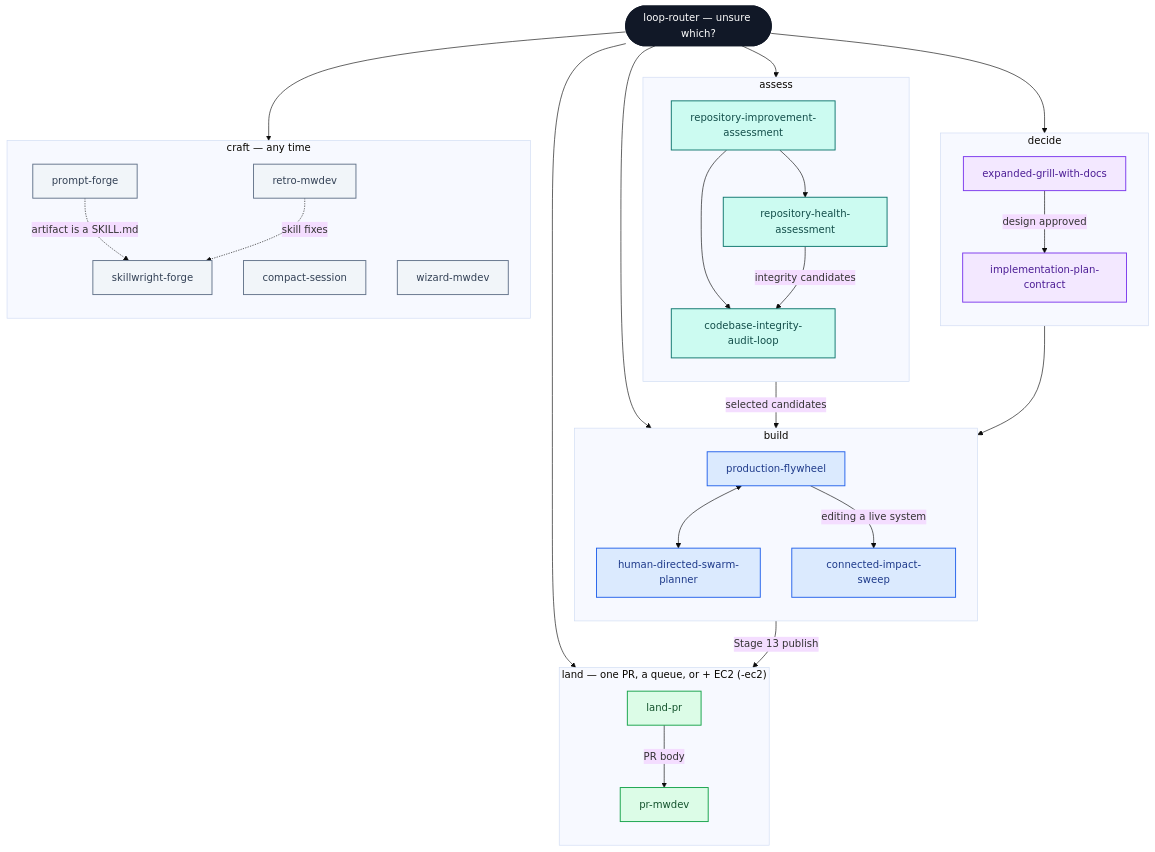
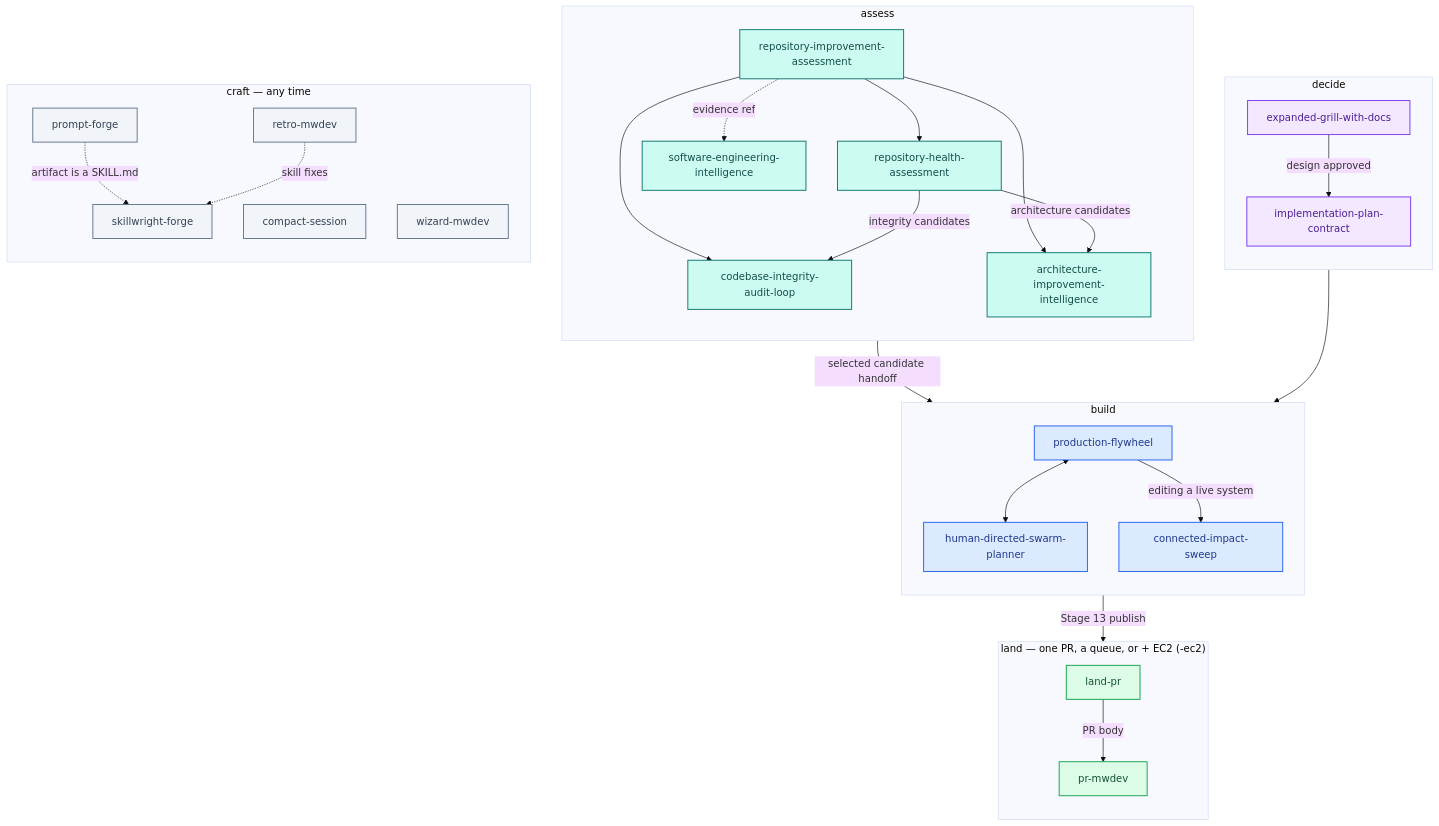
The diagram in README.md (markwuenschel-dev/markdev-skills), drawn with Mermaid (base theme) before and after one commit. The commit also changed other lines of this file and 263 other files, not shown here.

````diff
--- a/README.md
+++ b/README.md
@@ -49,71 +49,67 @@
 ```mermaid
 flowchart TD
-    R(["loop-router — unsure which?"])
-    R --> DECIDE
-    R --> ASSESS
-    R --> BUILD
-    R --> LAND
-    R --> CRAFT
-
     subgraph DECIDE["decide"]
         direction TB
         EG["expanded-grill-with-docs"]
         IPC["implementation-plan-contract"]
         EG -->|"design approved"| IPC
     end
 
     subgraph ASSESS["assess"]
         direction TB
         RIA["repository-improvement-assessment"]
         RHA["repository-health-assessment"]
         CIAL["codebase-integrity-audit-loop"]
+        AII["architecture-improvement-intelligence"]
+        SEI["software-engineering-intelligence"]
         RIA --> RHA
         RIA --> CIAL
+        RIA --> AII
+        RIA -.->|"evidence ref"| SEI
         RHA -->|"integrity candidates"| CIAL
+        RHA -->|"architecture candidates"| AII
     end
 
     subgraph BUILD["build"]
         direction TB
         PF["production-flywheel"]
         HDSP["human-directed-swarm-planner"]
         CIS["connected-impact-sweep"]
         PF <--> HDSP
         PF -->|"editing a live system"| CIS
     end
 
     subgraph LAND["land — one PR, a queue, or + EC2 (-ec2)"]
         direction TB
         LP["land-pr"]
         PRB["pr-mwdev"]
         LP -->|"PR body"| PRB
     end
 
     subgraph CRAFT["craft — any time"]
         direction TB
         PFG["prompt-forge"]
         SWF["skillwright-forge"]
         CS["compact-session"]
         WIZ["wizard-mwdev"]
         RETRO["retro-mwdev"]
         PFG -.->|"artifact is a SKILL.md"| SWF
         RETRO -.->|"skill fixes"| SWF
     end
 
     IPC --> PF
-    CIAL -->|"selected candidates"| PF
+    CIAL -->|"selected candidate handoff"| PF
     PF -->|"Stage 13 publish"| LP
 
-    classDef router fill:#111827,stroke:#111827,color:#ffffff,stroke-width:2px
     classDef decide fill:#f3e8ff,stroke:#7c3aed,color:#4c1d95,stroke-width:1.5px
     classDef assess fill:#ccfbf1,stroke:#0f766e,color:#134e4a,stroke-width:1.5px
     classDef build fill:#dbeafe,stroke:#2563eb,color:#1e3a8a,stroke-width:1.5px
     classDef land fill:#dcfce7,stroke:#16a34a,color:#14532d,stroke-width:1.5px
     classDef craft fill:#f1f5f9,stroke:#64748b,color:#334155,stroke-width:1.5px
 
-    class R router
     class EG,IPC decide
-    class RIA,RHA,CIAL assess
+    class RIA,RHA,CIAL,AII,SEI assess
     class PF,HDSP,CIS build
     class LP,PRB land
     class PFG,SWF,CS,WIZ,RETRO craft
 ```
````
